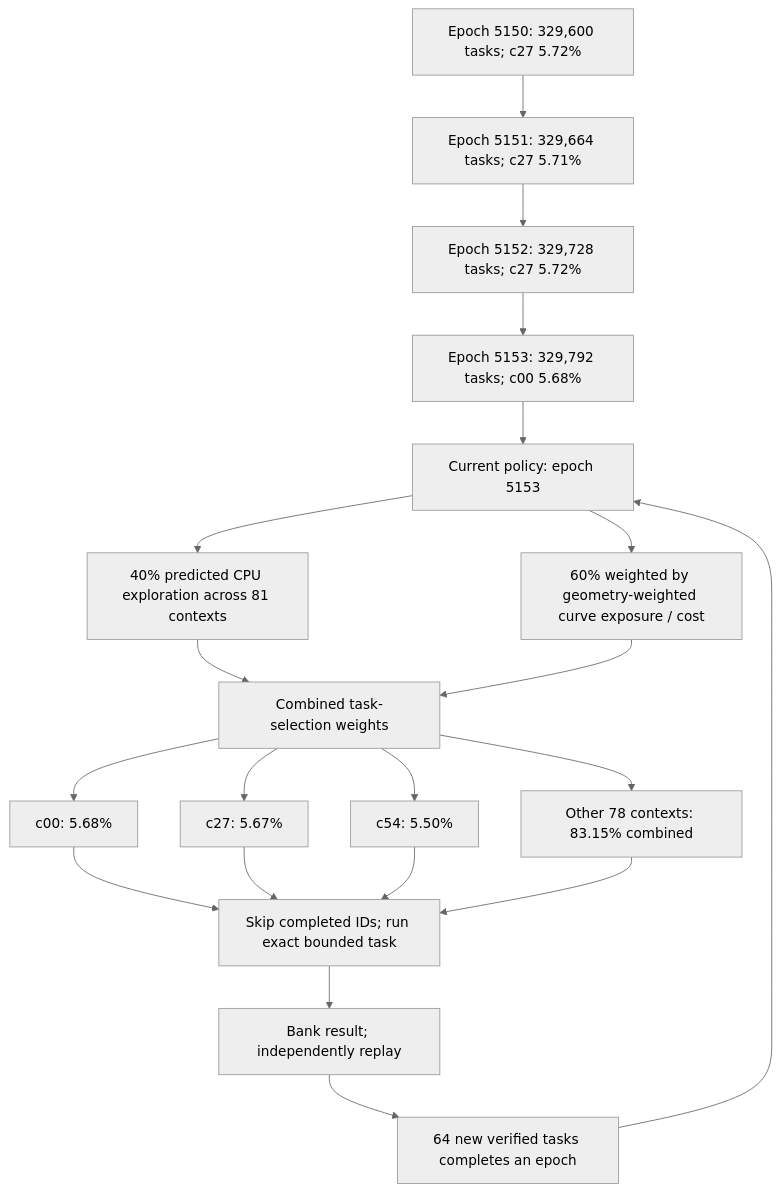
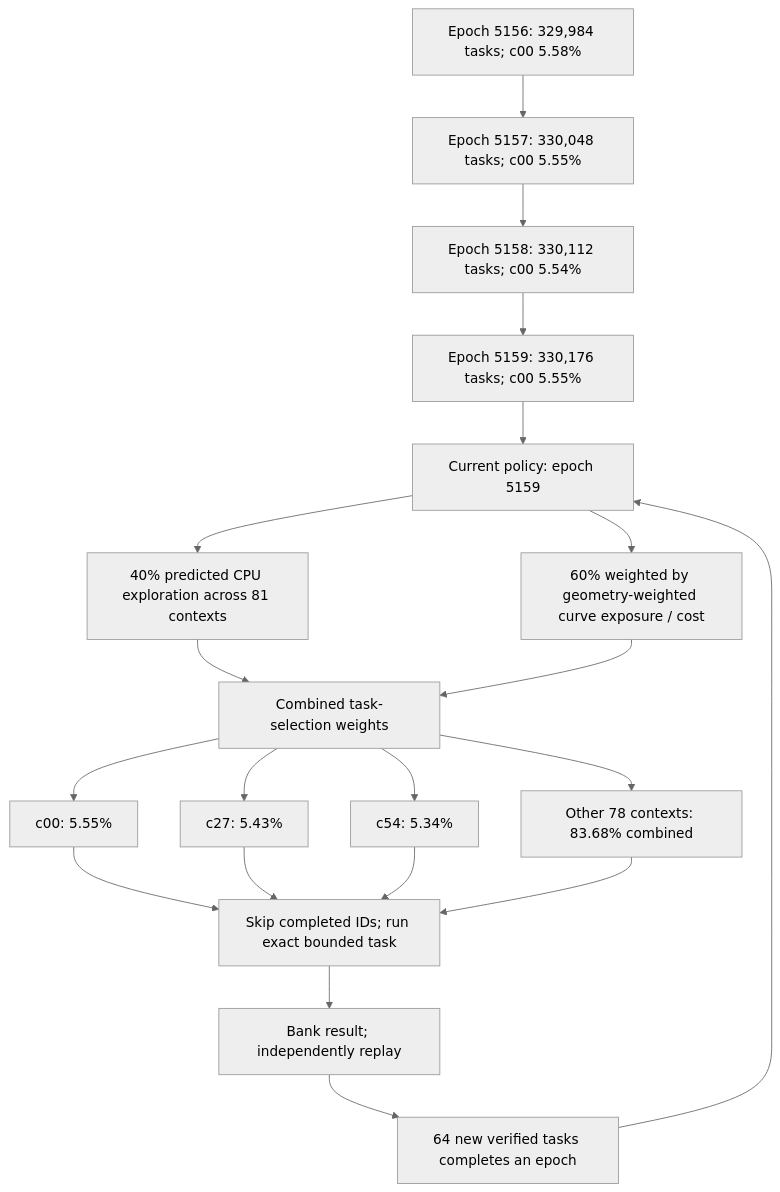
One commit to Kuberwastaken/math-gambling changed the first of 3 diagrams in README.md. Above: the diagram before and after it, drawn with Mermaid (neutral theme). The commit also changed other lines of this file and 1371 other files, not shown here.

````diff
--- a/README.md
+++ b/README.md
@@ -60,27 +60,27 @@
 ```mermaid
 flowchart TD
-    H0["Epoch 5150: 329,600 tasks; c27 5.72%"]
-    H1["Epoch 5151: 329,664 tasks; c27 5.71%"]
+    H0["Epoch 5156: 329,984 tasks; c00 5.58%"]
+    H1["Epoch 5157: 330,048 tasks; c00 5.55%"]
     H0 --> H1
-    H2["Epoch 5152: 329,728 tasks; c27 5.72%"]
+    H2["Epoch 5158: 330,112 tasks; c00 5.54%"]
     H1 --> H2
-    H3["Epoch 5153: 329,792 tasks; c00 5.68%"]
+    H3["Epoch 5159: 330,176 tasks; c00 5.55%"]
     H2 --> H3
-    Policy["Current policy: epoch 5153"]
+    Policy["Current policy: epoch 5159"]
     H3 --> Policy
     Policy --> Explore["40% predicted CPU exploration across 81 contexts"]
     Policy --> Cost["60% weighted by geometry-weighted curve exposure / cost"]
     Explore --> Mix["Combined task-selection weights"]
     Cost --> Mix
-    Mix --> C0["c00: 5.68%"]
-    Mix --> C1["c27: 5.67%"]
-    Mix --> C2["c54: 5.50%"]
-    Mix --> Rest["Other 78 contexts: 83.15% combined"]
+    Mix --> C0["c00: 5.55%"]
+    Mix --> C1["c27: 5.43%"]
+    Mix --> C2["c54: 5.34%"]
+    Mix --> Rest["Other 78 contexts: 83.68% combined"]
     C0 --> Check["Skip completed IDs; run exact bounded task"]
     C1 --> Check
     C2 --> Check
     Rest --> Check
     Check --> Replay["Bank result; independently replay"]
     Replay --> Gate["64 new verified tasks completes an epoch"]
     Gate --> Policy
 ```
````
